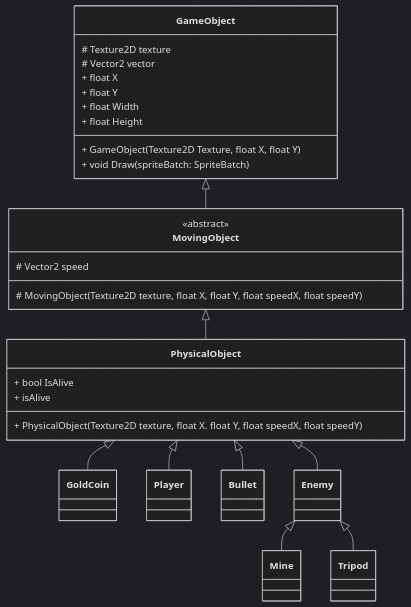
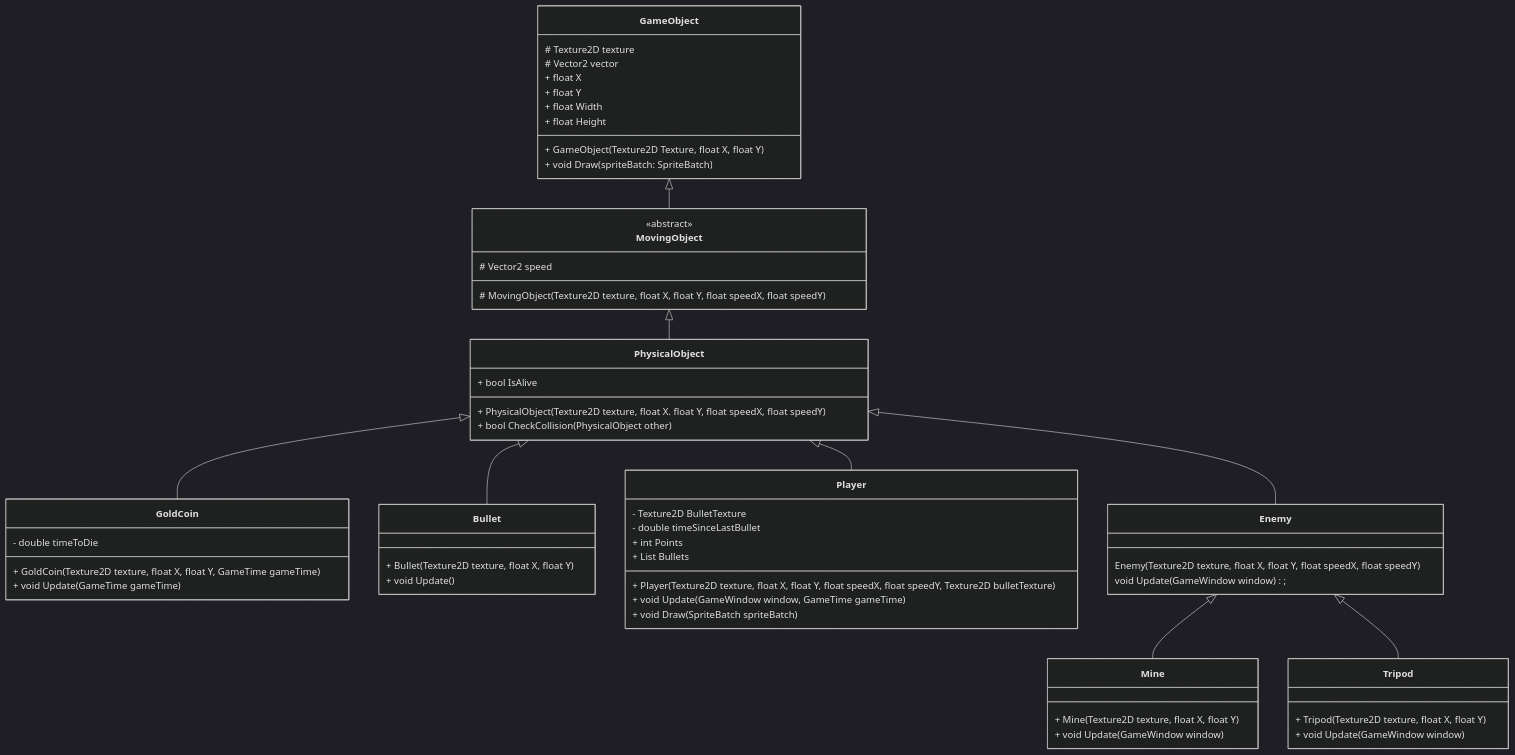
The diagram in SpaceShooter/diagrams/diagram.mmd (alfredreintz/ALGY-programmering02), drawn with Mermaid before and after one commit. The commit also changed 12 other files, not shown here.

```diff
--- a/SpaceShooter/diagrams/diagram.mmd
+++ b/SpaceShooter/diagrams/diagram.mmd
@@ -1,55 +1,73 @@
 %%{
   init: {
     'theme': 'dark'
   }
 }%%
 classDiagram
     class GameObject {
         # Texture2D texture
         # Vector2 vector
         + float X
         + float Y
         + float Width
         + float Height
         + GameObject(Texture2D Texture, float X, float Y)
         + void Draw(spriteBatch: SpriteBatch)
     }
 
     class MovingObject {
         <<abstract>>
         # Vector2 speed
         # MovingObject(Texture2D texture, float X, float Y, float speedX, float speedY)
     }
 
     class PhysicalObject {
         + bool IsAlive
         + PhysicalObject(Texture2D texture, float X. float Y, float speedX, float speedY)
-        + isAlive
+        + bool CheckCollision(PhysicalObject other)
     }
 
     class GoldCoin {
+        - double timeToDie
+        + GoldCoin(Texture2D texture, float X, float Y, GameTime gameTime)
+        + void Update(GameTime gameTime)
+    }
+    
+    class Bullet {
+        + Bullet(Texture2D texture, float X, float Y)
+        + void Update()
     }
 
     class Player {
-    }
-
-    class Bullet {
+        - Texture2D BulletTexture
+        - double timeSinceLastBullet
+        + int Points
+        + List<Bullet> Bullets
+        + Player(Texture2D texture, float X, float Y, float speedX, float speedY, Texture2D bulletTexture)
+        + void Update(GameWindow window, GameTime gameTime)
+        + void Draw(SpriteBatch spriteBatch)
     }
 
     class Enemy {
+        Enemy(Texture2D texture, float X, float Y, float speedX, float speedY)
+        void Update(GameWindow window);
     }
 
     class Mine {
+        + Mine(Texture2D texture, float X, float Y)
+        + void Update(GameWindow window)
     }
 
     class Tripod {
+        + Tripod(Texture2D texture, float X, float Y)
+        + void Update(GameWindow window)
     }
-%% Ager arvet, Car ärver av Vehicle
+
     GameObject <|-- MovingObject
     MovingObject <|-- PhysicalObject
     PhysicalObject <|--  GoldCoin 
     PhysicalObject <|--  Player 
     PhysicalObject <|--  Bullet 
     PhysicalObject <|--  Enemy 
     Enemy <|-- Mine
     Enemy <|-- Tripod
```
